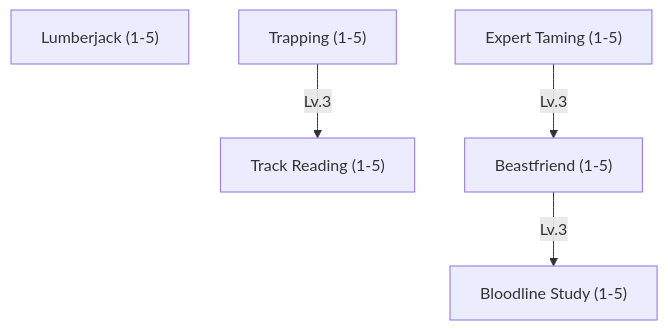
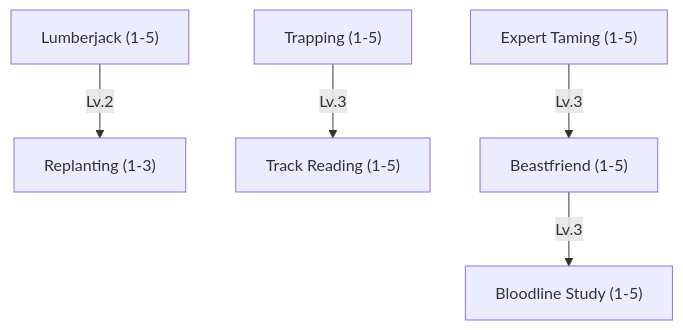
Before and after one commit to tfelix/bestia-docs: the seventh of 20 diagrams in content/docs/mechanics/master.md, drawn with Mermaid. The commit also changed other lines of this file, not shown here.

First line of the commit message:
Give the Forester Replanting and two routes

````diff
--- a/content/docs/mechanics/master.md
+++ b/content/docs/mechanics/master.md
@@ -875,13 +877,15 @@
 ```mermaid
 graph TD
     Lumberjack["Lumberjack (1-5)"]
+    Replanting["Replanting (1-3)"]
     Trapping["Trapping (1-5)"]
     TrackReading["Track Reading (1-5)"]
     ExpertTaming["Expert Taming (1-5)"]
     Beastfriend["Beastfriend (1-5)"]
     BloodlineStudy["Bloodline Study (1-5)"]
 
+    Lumberjack -->|Lv.2| Replanting
     Trapping -->|Lv.3| TrackReading
     ExpertTaming -->|Lv.3| Beastfriend
     Beastfriend -->|Lv.3| BloodlineStudy
 ```
````
